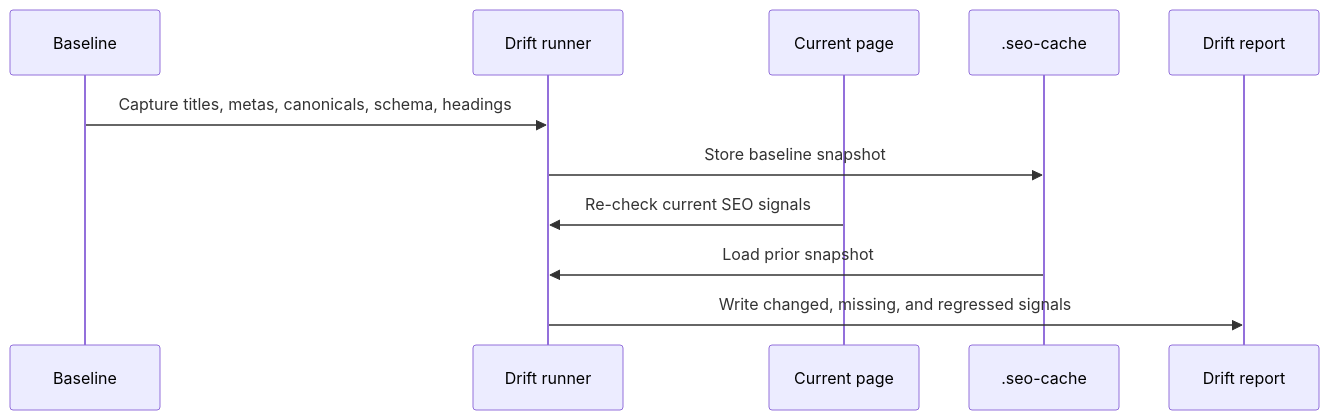
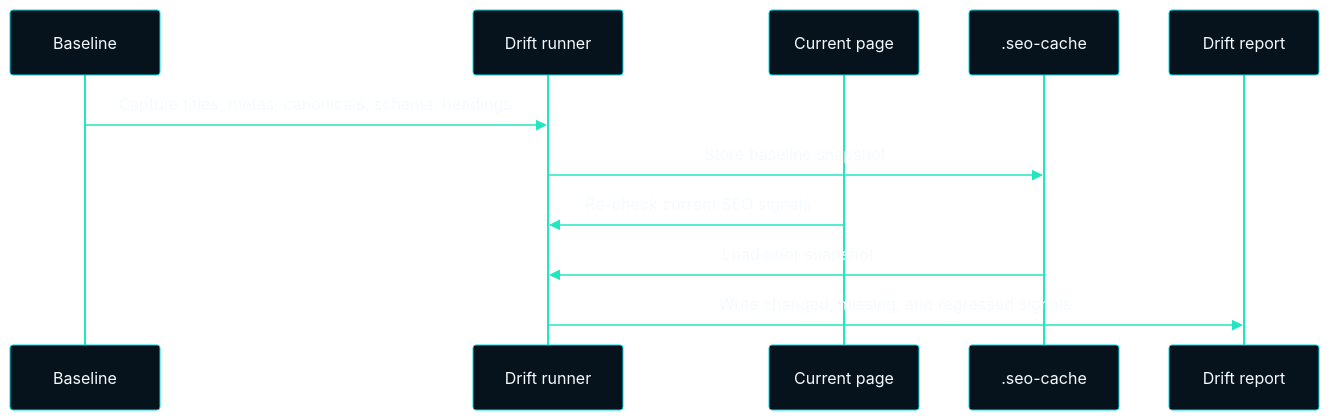
One commit to AgriciDaniel/codex-seo changed the third of 6 diagrams in README.md. Above: the diagram before and after it, drawn with Mermaid. The commit also changed other lines of this file, not shown here.

Commit message:
Style README diagrams with cover palette

````diff
--- a/README.md
+++ b/README.md
@@ -252,13 +268,14 @@
 ```mermaid
+%%{init: {"theme":"base","themeVariables":{"background":"#05080d","primaryColor":"#07131c","primaryTextColor":"#f5fbff","primaryBorderColor":"#00d7e6","lineColor":"#00d7e6","actorBkg":"#07131c","actorBorder":"#00d7e6","actorTextColor":"#f5fbff","actorLineColor":"#21e6c1","signalColor":"#21e6c1","signalTextColor":"#f5fbff","labelBoxBkgColor":"#10151a","labelTextColor":"#f5fbff","noteBkgColor":"#10151a","noteTextColor":"#f5fbff","activationBkgColor":"#06222a","activationBorderColor":"#ff9f1c","fontFamily":"Inter, ui-sans-serif, system-ui, sans-serif"}}}%%
 sequenceDiagram
   participant Before as Baseline
   participant Runner as Drift runner
   participant After as Current page
   participant Cache as .seo-cache
   participant Report as Drift report
   Before->>Runner: Capture titles, metas, canonicals, schema, headings
   Runner->>Cache: Store baseline snapshot
   After->>Runner: Re-check current SEO signals
   Cache->>Runner: Load prior snapshot
   Runner->>Report: Write changed, missing, and regressed signals
 ```
````
